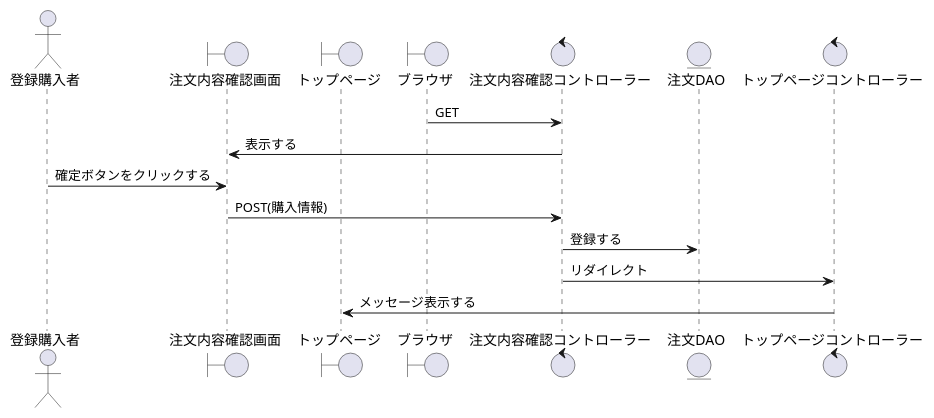
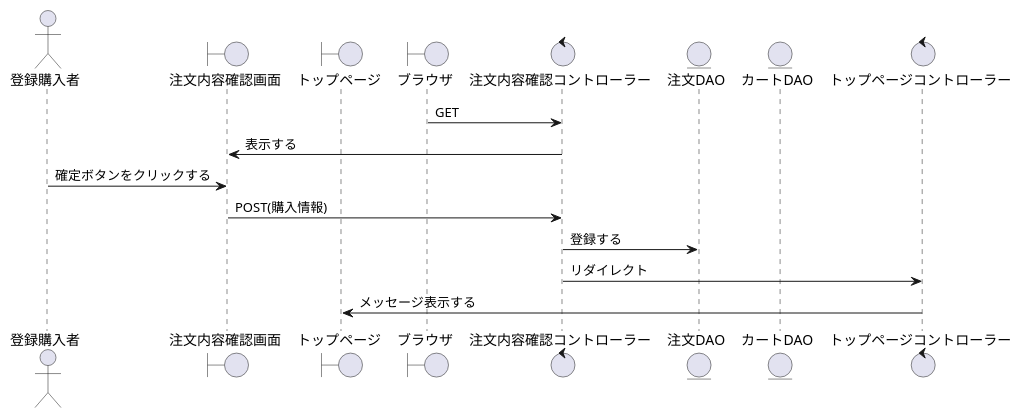
The diagram in PJ_シーケンス/購入者/購入.wsd (SK-B-S/PJ), drawn with PlantUML before and after one commit. The commit also changed 4 other files, not shown here.

```diff
--- a/PJ_シーケンス/購入者/購入.wsd
+++ b/PJ_シーケンス/購入者/購入.wsd
@@ -1,20 +1,21 @@
-@startuml パスワード変更
+@startuml 購入
 
 actor    "登録購入者" as account
 boundary "注文内容確認画面" as change_password
 boundary "トップページ" as top
 boundary "ブラウザ" as brz
 control  "注文内容確認コントローラー" as change_password_c
-entity   "注文DAO" as m_db
+entity   "注文DAO" as chumon_dao
+entity   "カートDAO" as cart_dao
 control  "トップページコントローラー" as top_c
 
 '-------------------------------------------------------------------------------------------
 
 brz ->  change_password_c : GET
 change_password  <-  change_password_c : 表示する
 account -> change_password : 確定ボタンをクリックする
 change_password -> change_password_c : POST(購入情報)
-m_db <- change_password_c : 登録する
+chumon_dao <- change_password_c : 登録する
 change_password_c -> top_c : リダイレクト
 top <- top_c : メッセージ表示する
 @enduml
```
